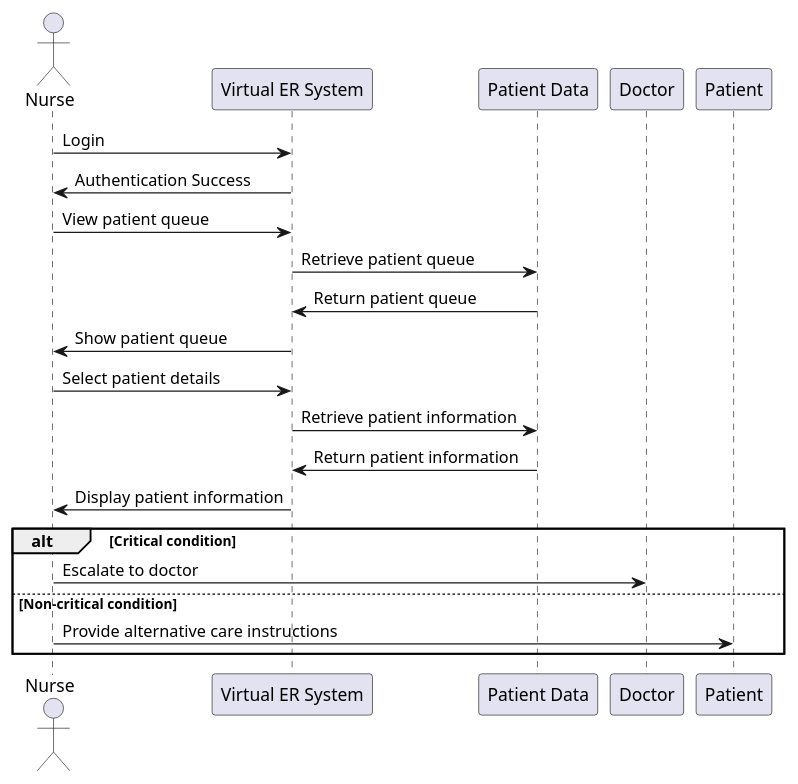
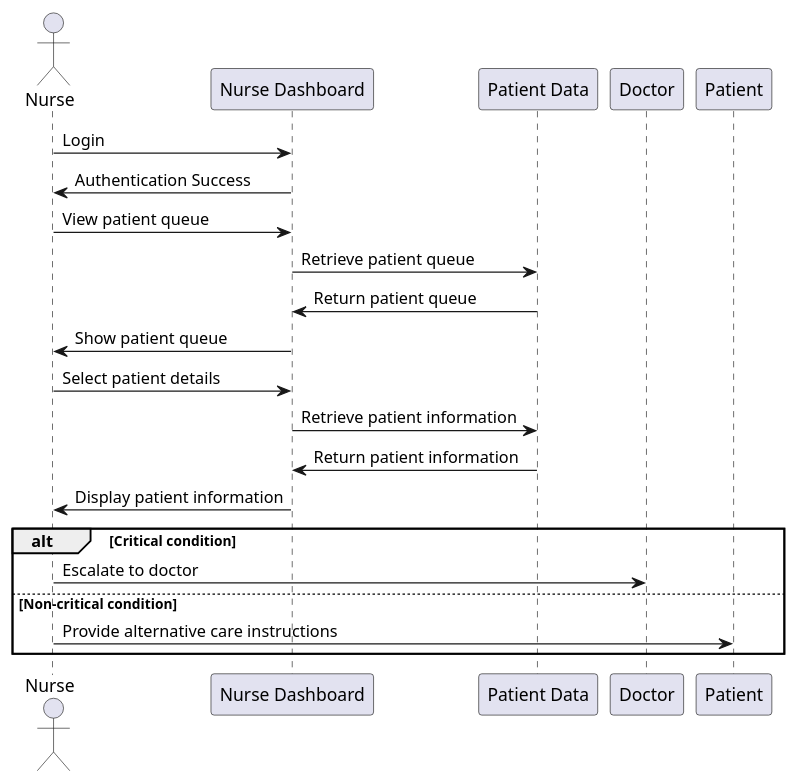
One commit to SENG-350-2024-fall/Group2 changed the diagram in milestone_2/sequence_diagrams/sequenceNurse.puml. Above: the diagram before and after it, drawn with PlantUML. The commit also changed 1 other file, not shown here.

```diff
--- a/milestone_2/sequence_diagrams/sequenceNurse.puml
+++ b/milestone_2/sequence_diagrams/sequenceNurse.puml
@@ -1,25 +1,25 @@
 @startuml Sequence
 actor Nurse
-participant "Virtual ER System" as ERSystem
+participant "Nurse Dashboard" as ERSystem
 participant "Patient Data" as PatientData
 participant "Doctor" as Doctor
 
 Nurse -> ERSystem: Login
 ERSystem -> Nurse: Authentication Success
 
 Nurse -> ERSystem: View patient queue
 ERSystem -> PatientData: Retrieve patient queue
 PatientData -> ERSystem: Return patient queue
 ERSystem -> Nurse: Show patient queue
 
 Nurse -> ERSystem: Select patient details
 ERSystem -> PatientData: Retrieve patient information
 PatientData -> ERSystem: Return patient information
 ERSystem -> Nurse: Display patient information
 
 alt Critical condition
   Nurse -> Doctor: Escalate to doctor
 else Non-critical condition
   Nurse -> Patient: Provide alternative care instructions
 end
 @enduml
```
